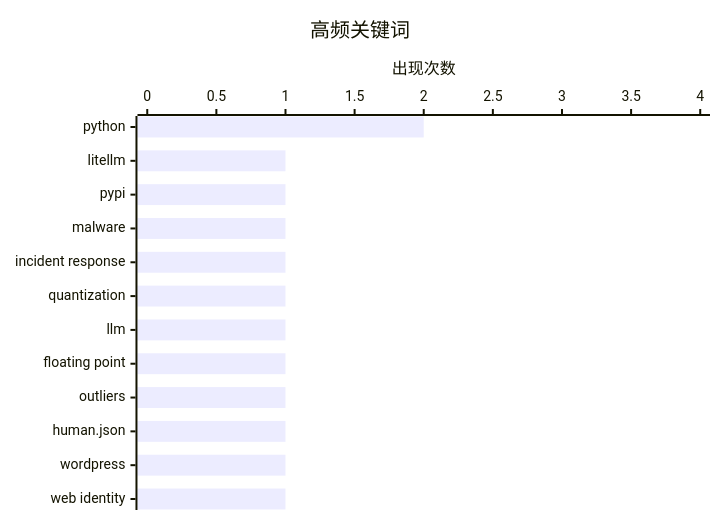
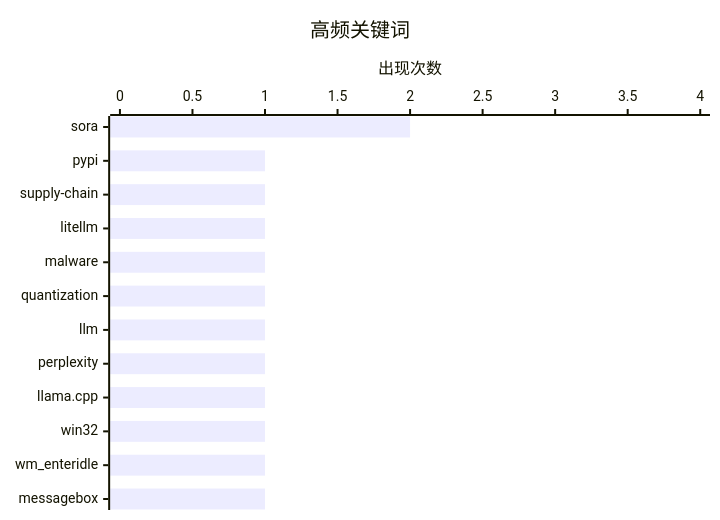
The second of 2 diagrams in content/ai-daily/2026-03-27.md (originem0/SZBlog), drawn with Mermaid before and after one commit. The commit also changed other lines of this file, not shown here.

````diff
--- a/content/ai-daily/2026-03-27.md
+++ b/content/ai-daily/2026-03-27.md
@@ -71,7 +72,7 @@
 ```mermaid
 xychart-beta horizontal
     title "高频关键词"
-    x-axis ["python", "litellm", "pypi", "malware", "incident response", "quantization", "llm", "floating point", "outliers", "human.json", "wordpress", "web identity"]
+    x-axis ["sora", "pypi", "supply-chain", "litellm", "malware", "quantization", "llm", "perplexity", "llama.cpp", "win32", "wm_enteridle", "messagebox"]
     y-axis "出现次数" 0 --> 4
     bar [2, 1, 1, 1, 1, 1, 1, 1, 1, 1, 1, 1]
 ```
````
